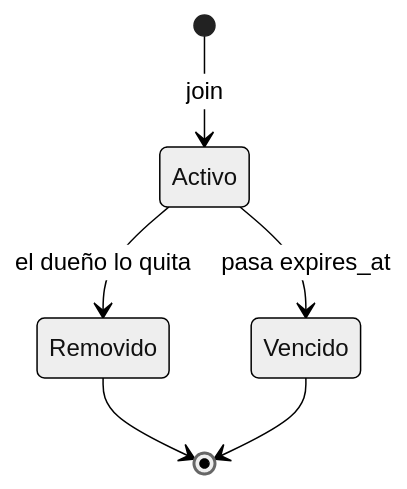
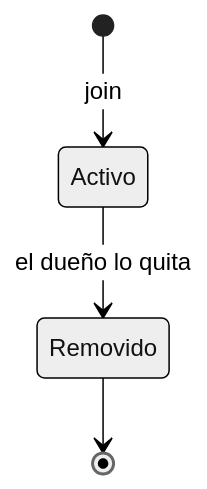
The third of 4 diagrams in docs/how-it-works/map_contributions.md (hotosm/chatmap), drawn with Mermaid (neutral theme) before and after one commit. The commit also changed other lines of this file and 2 other files, not shown here.

````diff
--- a/docs/how-it-works/map_contributions.md
+++ b/docs/how-it-works/map_contributions.md
@@ -173,8 +186,6 @@
 ```mermaid
 stateDiagram-v2
     [*] --> Activo: join
     Activo --> Removido: el dueño lo quita
-    Activo --> Vencido: pasa expires_at
     Removido --> [*]
-    Vencido --> [*]
 ```
````
